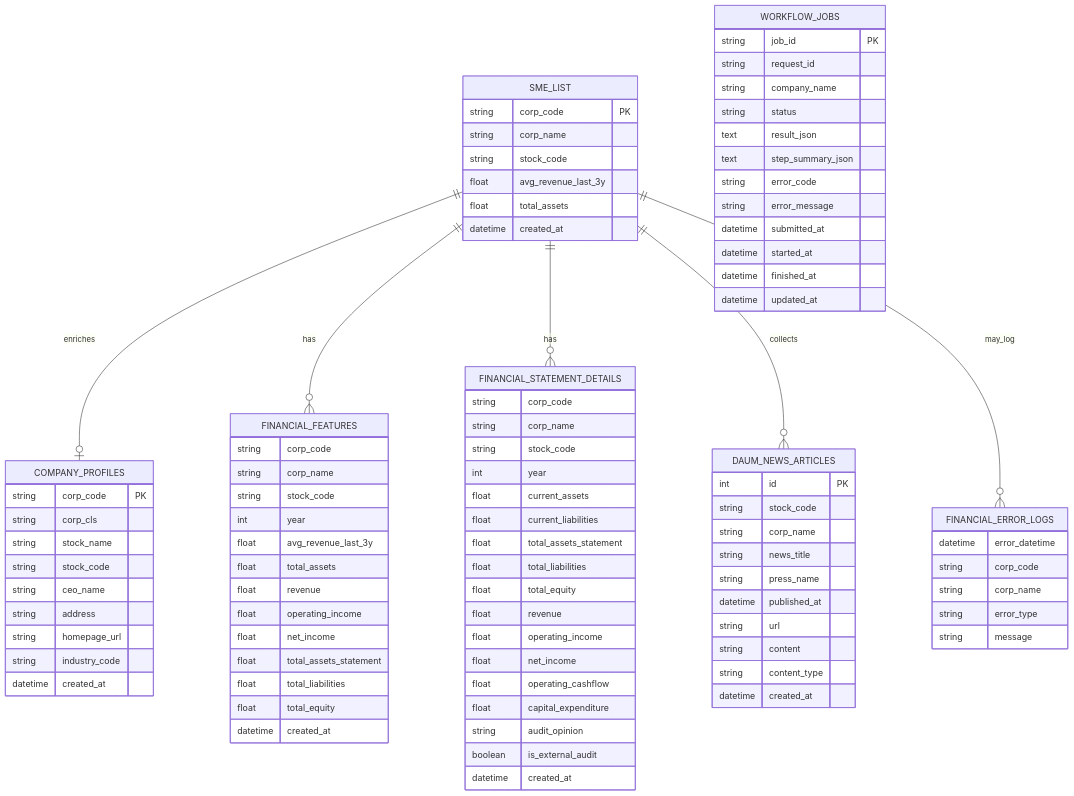
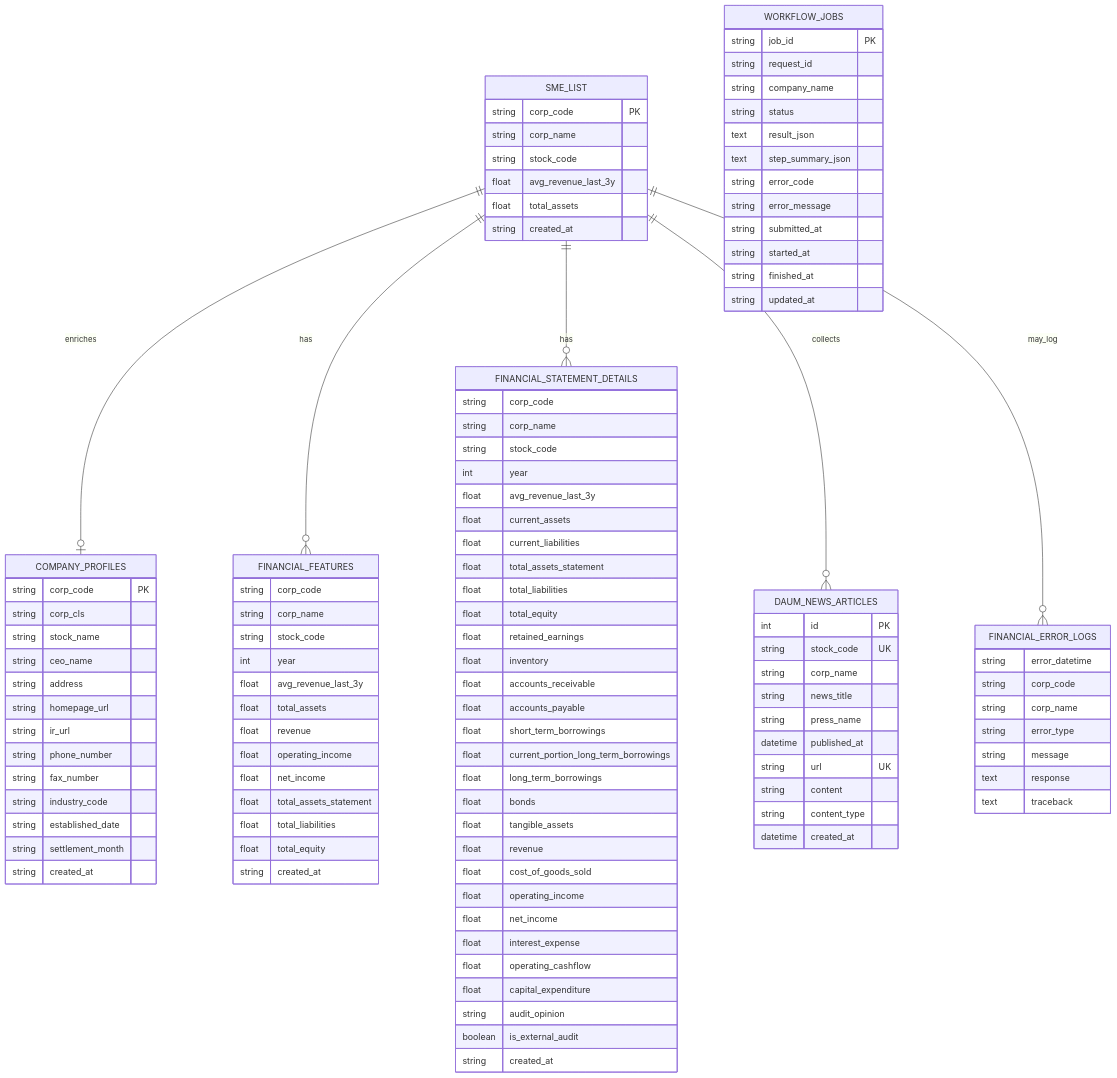
One commit to hypoxisaurea/FinAgent-SME changed the first of 2 diagrams in docs/design/erd.md. Above: the diagram before and after it, drawn with Mermaid. The commit also changed other lines of this file and 9 other files, not shown here.

Commit message:
docs: ERD 상세 컬럼 및 코드-문서 정합성 보완

````diff
--- a/docs/design/erd.md
+++ b/docs/design/erd.md
@@ -21,19 +21,23 @@
         string stock_code
         float avg_revenue_last_3y
         float total_assets
-        datetime created_at
+        string created_at
     }
 
     COMPANY_PROFILES {
         string corp_code PK
         string corp_cls
         string stock_name
-        string stock_code
         string ceo_name
         string address
         string homepage_url
+        string ir_url
+        string phone_number
+        string fax_number
         string industry_code
-        datetime created_at
+        string established_date
+        string settlement_month
+        string created_at
     }
 
     FINANCIAL_FEATURES {
@@ -49,7 +53,7 @@
         float total_assets_statement
         float total_liabilities
         float total_equity
-        datetime created_at
+        string created_at
     }
 
     FINANCIAL_STATEMENT_DETAILS {
@@ -57,40 +61,54 @@
         string corp_name
         string stock_code
         int year
+        float avg_revenue_last_3y
         float current_assets
         float current_liabilities
         float total_assets_statement
         float total_liabilities
         float total_equity
+        float retained_earnings
+        float inventory
+        float accounts_receivable
+        float accounts_payable
+        float short_term_borrowings
+        float current_portion_long_term_borrowings
+        float long_term_borrowings
+        float bonds
+        float tangible_assets
         float revenue
+        float cost_of_goods_sold
         float operating_income
         float net_income
+        float interest_expense
         float operating_cashflow
         float capital_expenditure
         string audit_opinion
         boolean is_external_audit
-        datetime created_at
+        string created_at
     }
 
     DAUM_NEWS_ARTICLES {
         int id PK
-        string stock_code
+        string stock_code UK
         string corp_name
         string news_title
         string press_name
         datetime published_at
-        string url
+        string url UK
         string content
         string content_type
         datetime created_at
     }
 
     FINANCIAL_ERROR_LOGS {
-        datetime error_datetime
+        string error_datetime
         string corp_code
         string corp_name
         string error_type
         string message
+        text response
+        text traceback
     }
 
     WORKFLOW_JOBS {
@@ -102,9 +120,9 @@
         text step_summary_json
         string error_code
         string error_message
-        datetime submitted_at
-        datetime started_at
-        datetime finished_at
-        datetime updated_at
+        string submitted_at
+        string started_at
+        string finished_at
+        string updated_at
     }
 ```
````
